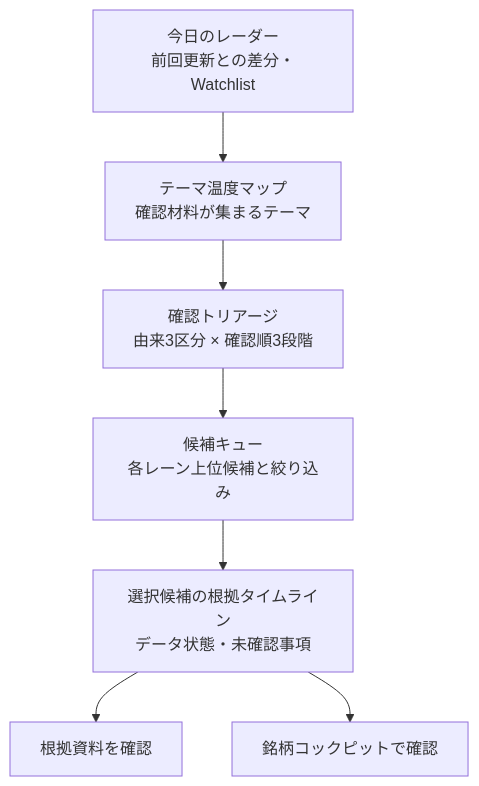
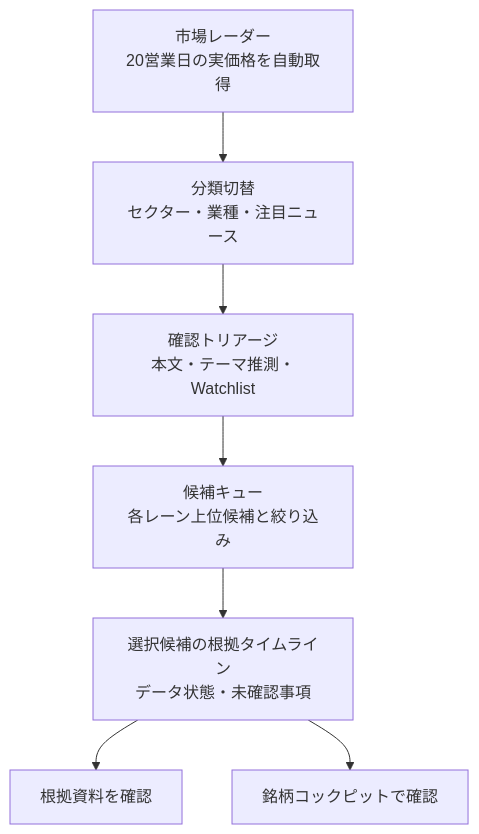
Before and after one commit to yuki-godzilla/Smart_Market_AI: the diagram in Documents/39_Investment_Radar_UX_Visualization_Requirements.md, drawn with Mermaid. The commit also changed other lines of this file and 15 other files, not shown here.

````diff
--- a/Documents/39_Investment_Radar_UX_Visualization_Requirements.md
+++ b/Documents/39_Investment_Radar_UX_Visualization_Requirements.md
@@ -76,9 +78,9 @@
 ```mermaid
 flowchart TB
-    A[今日のレーダー<br/>前回更新との差分・Watchlist] --> B[テーマ温度マップ<br/>確認材料が集まるテーマ]
-    B --> C[確認トリアージ<br/>由来3区分 × 確認順3段階]
+    A[市場レーダー<br/>20営業日の実価格を自動取得] --> B[分類切替<br/>セクター・業種・注目ニュース]
+    B --> C[確認トリアージ<br/>本文・テーマ推測・Watchlist]
     C --> D[候補キュー<br/>各レーン上位候補と絞り込み]
     D --> E[選択候補の根拠タイムライン<br/>データ状態・未確認事項]
     E --> F[根拠資料を確認]
     E --> G[銘柄コックピットで確認]
 ```
````
